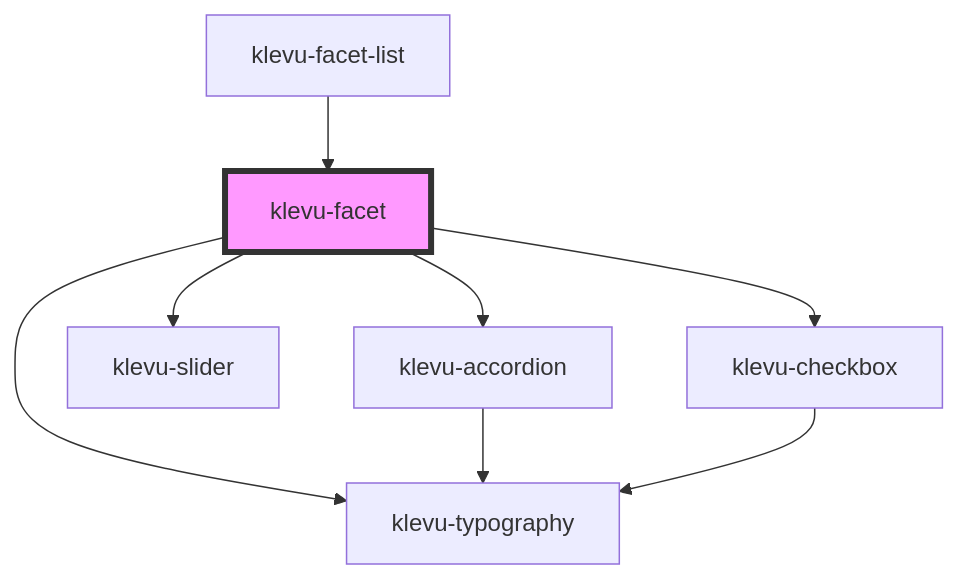
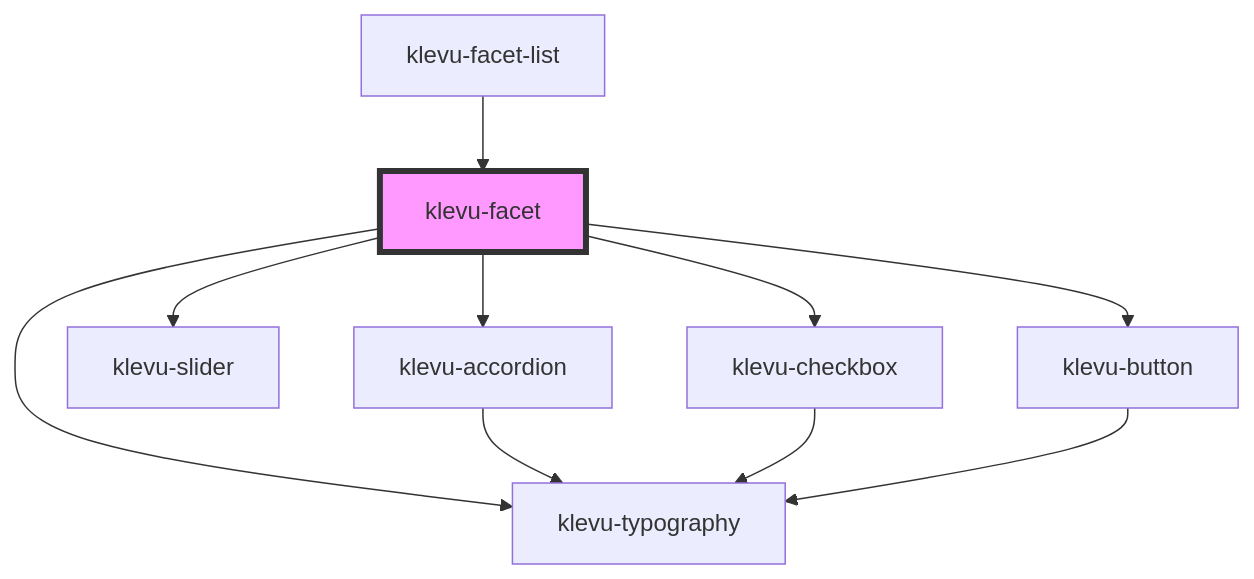
One commit to klevultd/frontend-sdk changed the diagram in packages/klevu-ui/src/components/klevu-facet/readme.md. Above: the diagram before and after it, drawn with Mermaid. The commit also changed other lines of this file and 18 other files, not shown here.

````diff
--- a/packages/klevu-ui/src/components/klevu-facet/readme.md
+++ b/packages/klevu-ui/src/components/klevu-facet/readme.md
@@ -39,11 +40,13 @@
 ```mermaid
 graph TD;
   klevu-facet --> klevu-accordion
   klevu-facet --> klevu-typography
   klevu-facet --> klevu-slider
   klevu-facet --> klevu-checkbox
+  klevu-facet --> klevu-button
   klevu-accordion --> klevu-typography
   klevu-checkbox --> klevu-typography
+  klevu-button --> klevu-typography
   klevu-facet-list --> klevu-facet
   style klevu-facet fill:#f9f,stroke:#333,stroke-width:4px
 ```
````
